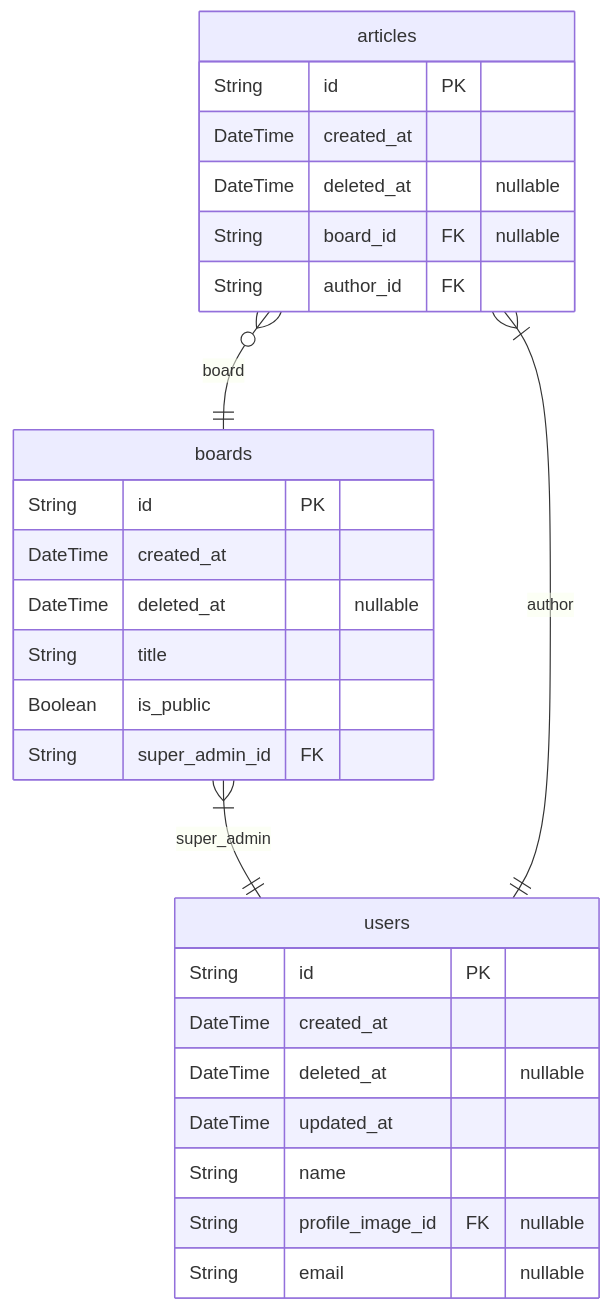
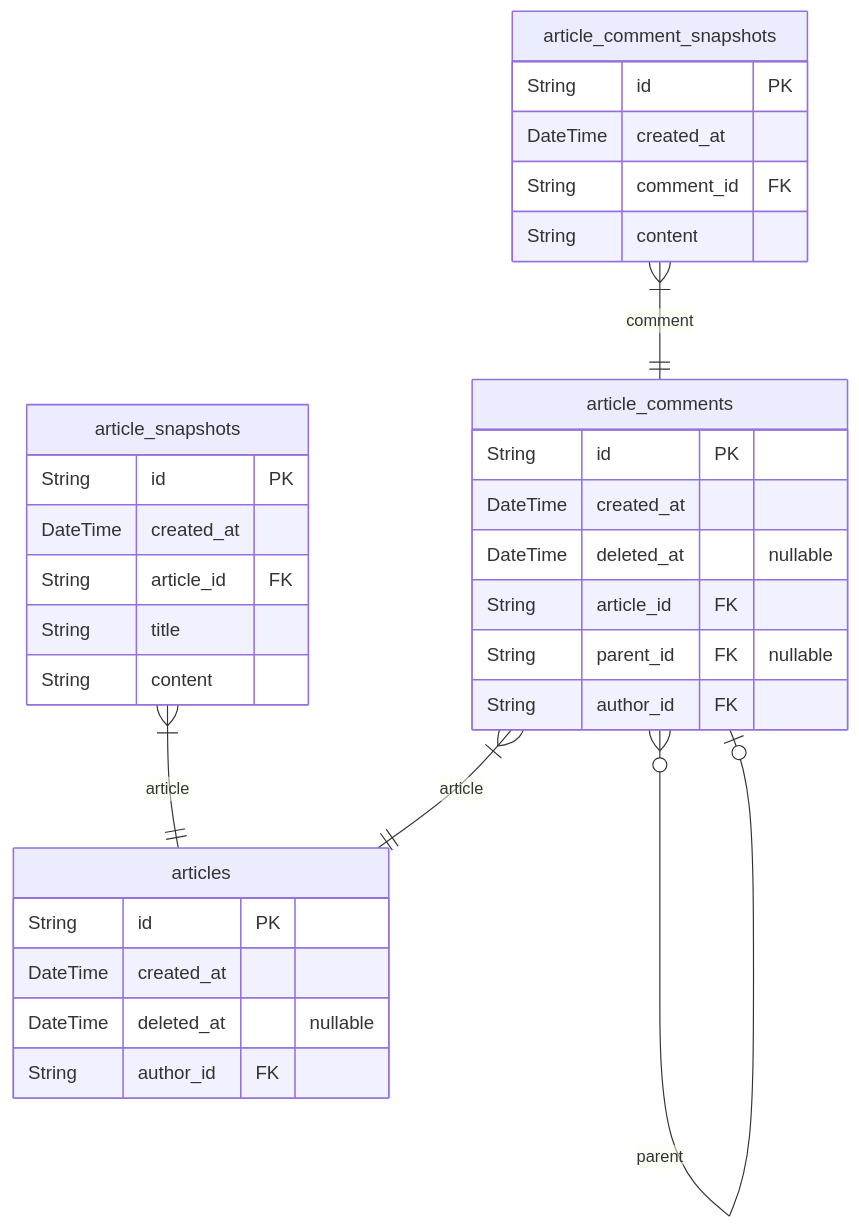
Before and after one commit to rojiwon123/safe-nest-template: the third of 3 diagrams in ERD.md, drawn with Mermaid. The commit also changed other lines of this file and 10 other files, not shown here.

Commit message:
erd template update

````diff
--- a/ERD.md
+++ b/ERD.md
@@ -444,30 +173,34 @@
 ```mermaid
 erDiagram
-boards {
-    String id PK
-    DateTime created_at
-    DateTime deleted_at "nullable"
-    String title
-    Boolean is_public
-    String super_admin_id FK
-}
 articles {
     String id PK
     DateTime created_at
     DateTime deleted_at "nullable"
-    String board_id FK "nullable"
     String author_id FK
 }
-users {
+article_snapshots {
+    String id PK
+    DateTime created_at
+    String article_id FK
+    String title
+    String content
+}
+article_comments {
     String id PK
     DateTime created_at
     DateTime deleted_at "nullable"
-    DateTime updated_at
-    String name
-    String profile_image_id FK "nullable"
-    String email "nullable"
+    String article_id FK
+    String parent_id FK "nullable"
+    String author_id FK
 }
-boards }|--|| users : super_admin
-articles }|--|| users : author
-articles }o--|| boards : board
+article_comment_snapshots {
+    String id PK
+    DateTime created_at
+    String comment_id FK
+    String content
+}
+article_snapshots }|--|| articles : article
+article_comments }|--|| articles : article
+article_comments }o--o| article_comments : parent
+article_comment_snapshots }|--|| article_comments : comment
 ```
````
